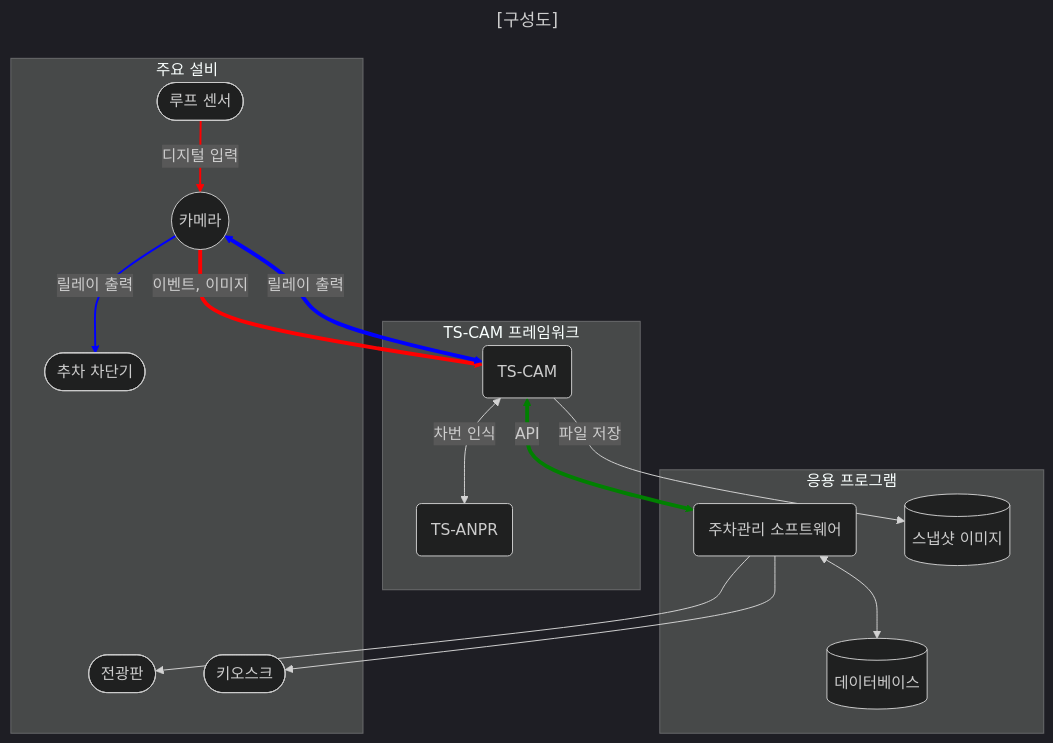
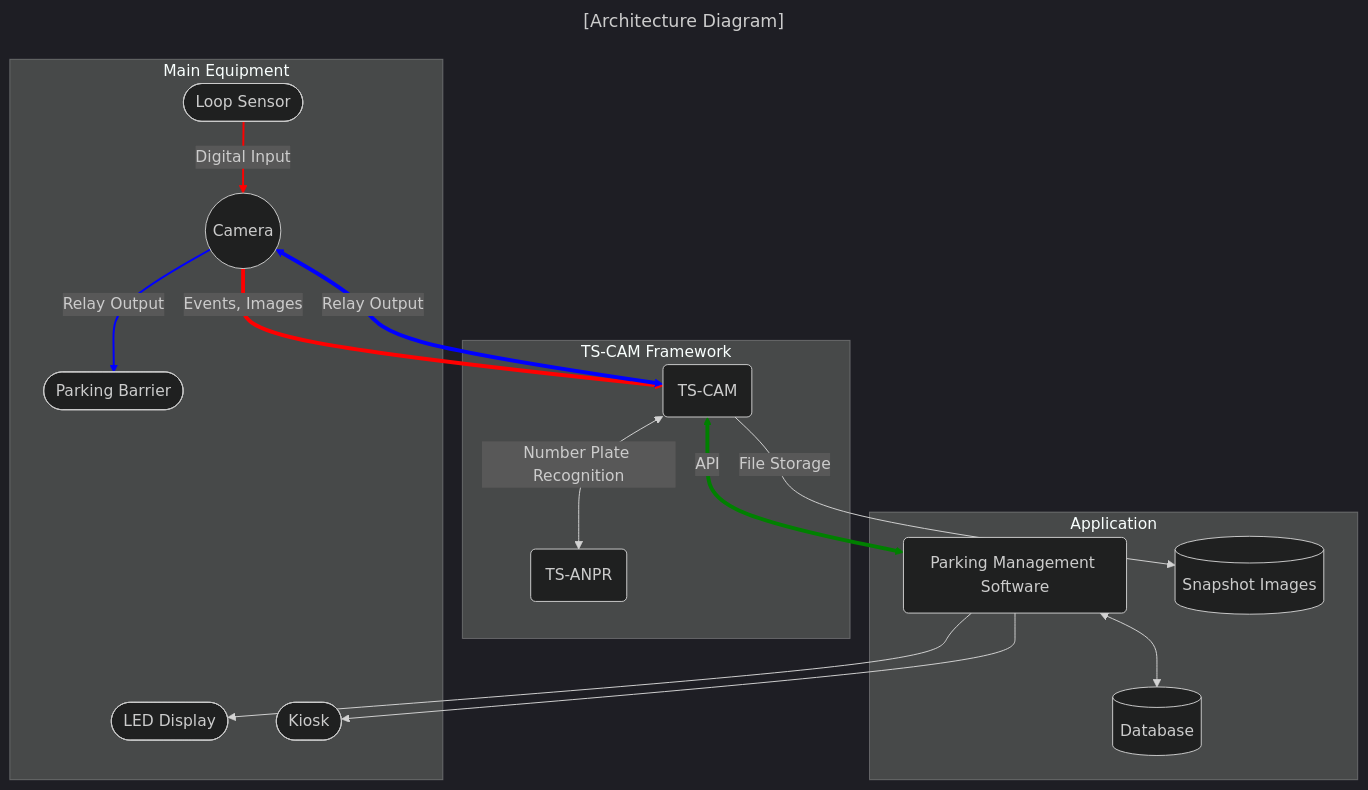
The first of 2 diagrams in README.md (bobhyun/TS-CAM), drawn with Mermaid (dark theme) before and after one commit. The commit also changed other lines of this file and 104 other files, not shown here.

````diff
--- a/README.md
+++ b/README.md
@@ -40,44 +57,44 @@
 ```mermaid
 ---
-title: "[구성도]"
+title: "[Architecture Diagram]"
 ---
 flowchart
 
-loop([루프 센서])-->|디지털 입력|camera((카메라))
-camera-->|이벤트, 이미지|tscam(TS-CAM)
+loop([Loop Sensor])-->|Digital Input|camera((Camera))
+camera-->|Events, Images|tscam(TS-CAM)
 
-tscam<==>|릴레이 출력|camera
-camera-->|릴레이 출력|gate([추차 차단기])
+tscam<==>|Relay Output|camera
+camera-->|Relay Output|gate([Parking Barrier])
 
-tscam<==>|API|app(주차관리 소프트웨어)
-tscam<-->|차번 인식|tsanpr(TS-ANPR)
-tscam-->|파일 저장|images[(스냅샷 이미지)]
-app-->led([전광판])
-app-->kiosk([키오스크])
-app<-->db[(데이터베이스)]
+tscam<==>|API|app(Parking Management Software)
+tscam<-->|Number Plate Recognition|tsanpr(TS-ANPR)
+tscam-->|File Storage|images[(Snapshot Images)]
+app-->led([LED Display])
+app-->kiosk([Kiosk])
+app<-->db[(Database)]
 
-subgraph framework ["TS-CAM 프레임워크"]
+subgraph framework ["TS-CAM Framework"]
 tscam
 tsanpr
 end
 
-subgraph applicaton ["응용 프로그램"]
+subgraph applicaton ["Application"]
 images
 app
 db
 end
 
-subgraph devices ["주요 설비"]
+subgraph devices ["Main Equipment"]
 loop
 camera
 gate
 led
 kiosk
 end
 
 linkStyle 0 stroke:red, stroke-width:2px;
 linkStyle 1 stroke:red, stroke-width:4px;
 linkStyle 2 stroke:blue, stroke-width:4px;
 linkStyle 3 stroke:blue, stroke-width:2px;
 linkStyle 4 stroke:green, stroke-width:4px;
 ```
````
